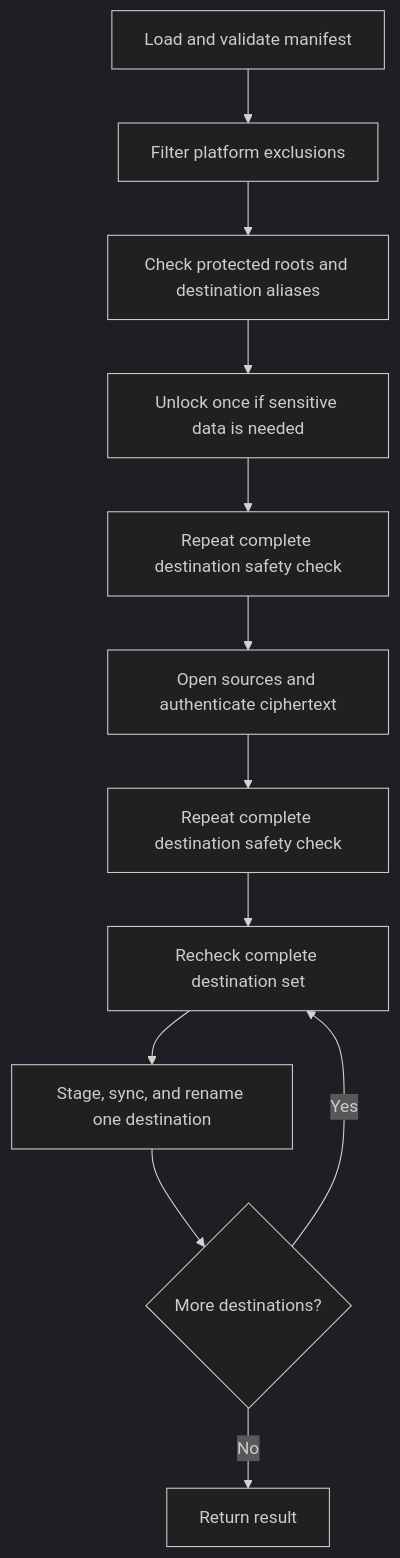
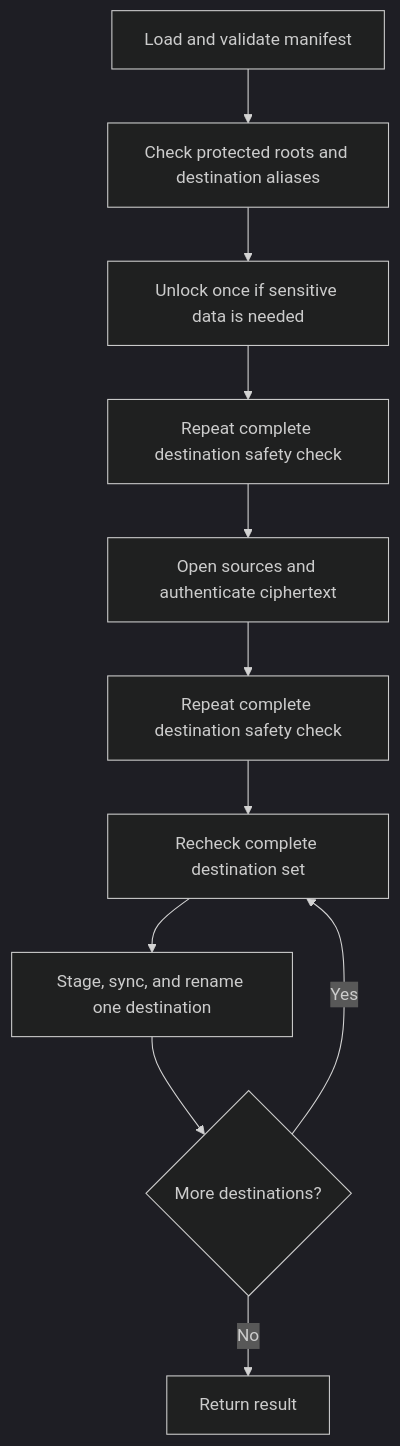
The second of 2 diagrams in docs/design.md (exdial/susu), drawn with Mermaid (dark theme) before and after one commit. The commit also changed other lines of this file and 13 other files, not shown here.

First line of the commit message:
refactor: remove platform exclusions (#14)

````diff
--- a/docs/design.md
+++ b/docs/design.md
@@ -300,14 +291,13 @@
 ```mermaid
 flowchart TB
-    Manifest[Load and validate manifest] --> Filter[Filter platform exclusions]
-    Filter --> InitialSafety[Check protected roots and destination aliases]
+    Manifest[Load and validate manifest] --> InitialSafety[Check protected roots and destination aliases]
     InitialSafety --> Unlock[Unlock once if sensitive data is needed]
     Unlock --> UnlockSafety[Repeat complete destination safety check]
     UnlockSafety --> Preflight[Open sources and authenticate ciphertext]
     Preflight --> PreflightSafety[Repeat complete destination safety check]
     PreflightSafety --> Recheck[Recheck complete destination set]
     Recheck --> Replace[Stage, sync, and rename one destination]
     Replace --> More{More destinations?}
     More -->|Yes| Recheck
     More -->|No| Done[Return result]
 ```
````
